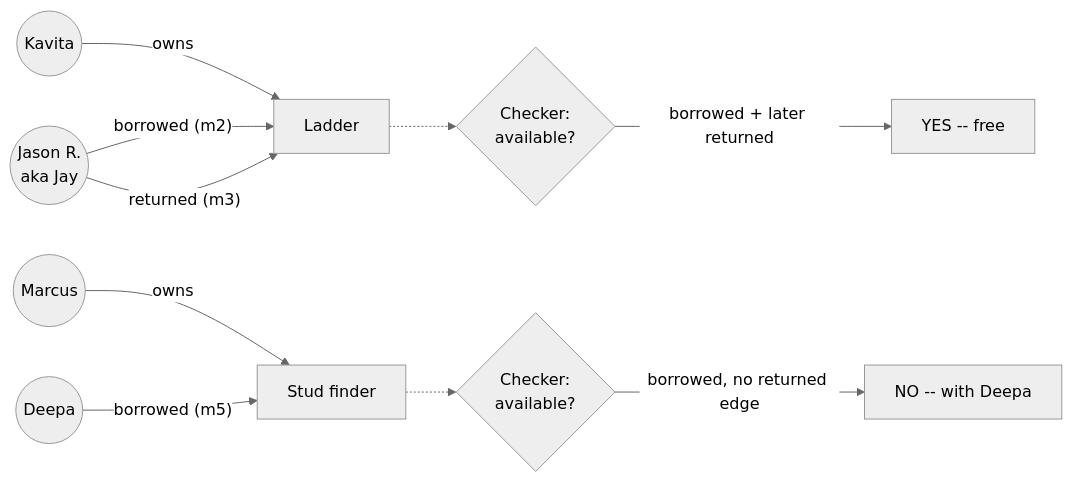
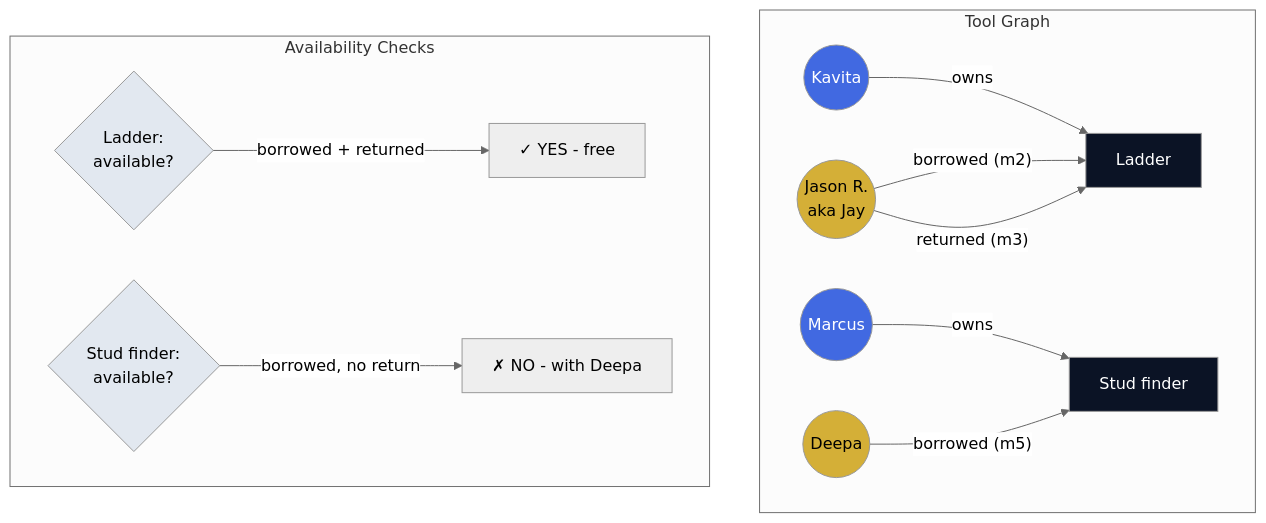
Before and after one commit to ayeshakhalid192007-dev/graph-engineering-crash-course: the diagram in docs/08-part-6-one-graph-end-to-end/step-15-build-the-same-graph-twice.md, drawn with Mermaid (neutral theme). The commit also changed 2 other files, not shown here.

Commit message:
Add diagrams to Part 6-7 step files
- Added diagram to step 15 (build-the-same-graph-twice)
- Added diagram to step 16 (when-to-skip-graph-engineering)
- Added diagram to step 17 (complexity-budgets)
- Consistent color scheme across all diagrams

````diff
--- a/docs/08-part-6-one-graph-end-to-end/step-15-build-the-same-graph-twice.md
+++ b/docs/08-part-6-one-graph-end-to-end/step-15-build-the-same-graph-twice.md
@@ -61,14 +61,28 @@
 ```mermaid
-flowchart LR
-    Kavita((Kavita)) -- owns --> Ladder[Ladder]
-    Marcus((Marcus)) -- owns --> Stud[Stud finder]
-    Jason((Jason R.<br/>aka Jay)) -- "borrowed (m2)" --> Ladder
-    Jason -- "returned (m3)" --> Ladder
-    Deepa((Deepa)) -- "borrowed (m5)" --> Stud
+flowchart TB
+    subgraph "Tool Graph"
+        Kavita((Kavita)) -- owns --> Ladder[Ladder]
+        Marcus((Marcus)) -- owns --> Stud[Stud finder]
+        Jason((Jason R.<br/>aka Jay)) -- "borrowed (m2)" --> Ladder
+        Jason -- "returned (m3)" --> Ladder
+        Deepa((Deepa)) -- "borrowed (m5)" --> Stud
+        
+        style Kavita fill:#4169E1,color:#FFFFFF
+        style Marcus fill:#4169E1,color:#FFFFFF
+        style Jason fill:#D4AF37,color:#000000
+        style Deepa fill:#D4AF37,color:#000000
+        style Ladder fill:#0B1325,color:#FFFFFF
+        style Stud fill:#0B1325,color:#FFFFFF
+    end
 
-    Ladder -.-> LC{"Checker:<br/>available?"}
-    LC -- "borrowed + later returned" --> LY["YES -- free"]
-
-    Stud -.-> SC{"Checker:<br/>available?"}
-    SC -- "borrowed, no returned edge" --> SN["NO -- with Deepa"]
+    subgraph "Availability Checks"
+        LC{"Ladder:<br/>available?"}
+        SC{"Stud finder:<br/>available?"}
+        
+        LC -- "borrowed + returned" --> LY["✓ YES - free"]
+        SC -- "borrowed, no return" --> SN["✗ NO - with Deepa"]
+        
+        style LC fill:#E2E8F0,color:#000000
+        style SC fill:#E2E8F0,color:#000000
+    end
 ```
````
